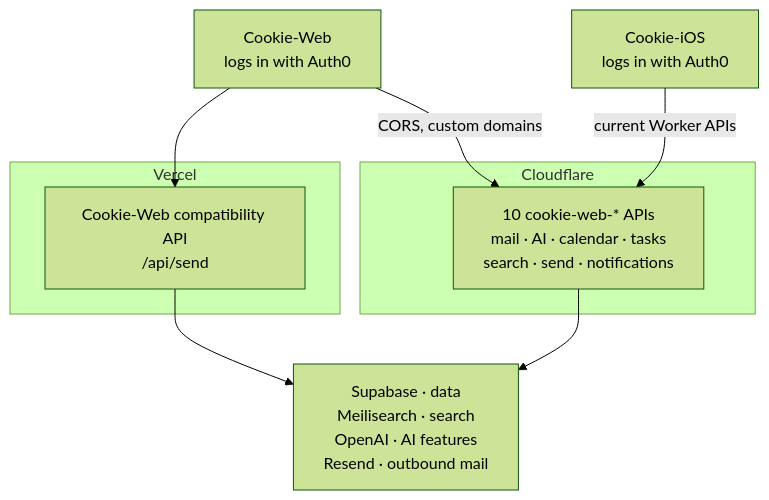
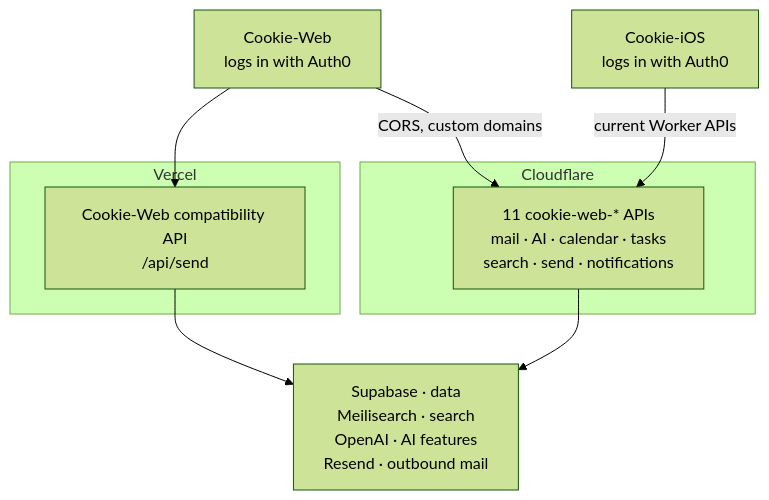
One commit to allistera/Cookie-Docs changed the fifth of 7 diagrams in docs/01-architecture.mdx. Above: the diagram before and after it, drawn with Mermaid (forest theme). The commit also changed other lines of this file and 5 other files, not shown here.

First line of the commit message:
Correct Worker counts and background wording in architecture docs (#20)

````diff
--- a/docs/01-architecture.mdx
+++ b/docs/01-architecture.mdx
@@ -152,21 +152,21 @@
 ```mermaid
 flowchart TB
     Web["Cookie-Web<br/>logs in with Auth0"]
     IOS["Cookie-iOS<br/>logs in with Auth0"]
 
     subgraph Vercel["Vercel"]
         API["Cookie-Web compatibility API<br/>/api/send"]
     end
 
     subgraph CF["Cloudflare"]
-        Workers["10 cookie-web-* APIs<br/>mail · AI · calendar · tasks<br/>search · send · notifications"]
+        Workers["11 cookie-web-* APIs<br/>mail · AI · calendar · tasks<br/>search · send · notifications"]
     end
 
     Services["Supabase · data<br/>Meilisearch · search<br/>OpenAI · AI features<br/>Resend · outbound mail"]
 
     Web --> API
     Web -- "CORS, custom domains" --> Workers
     IOS -- "current Worker APIs" --> Workers
     API --> Services
     Workers --> Services
 ```
````
